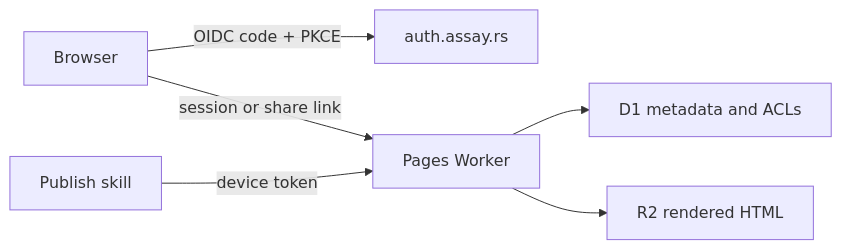
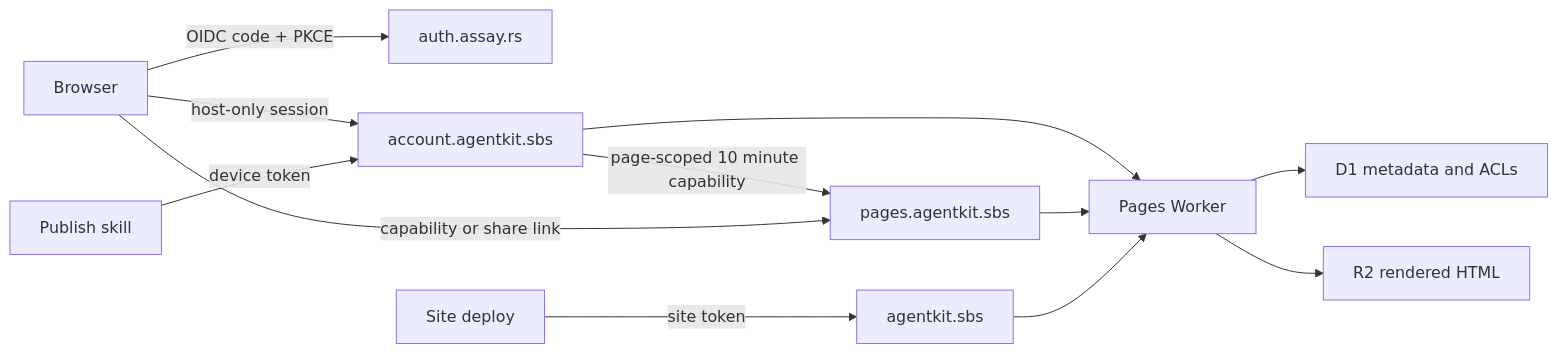
One commit to developerinlondon/agentkit changed the diagram in pages/worker/README.md. Above: the diagram before and after it, drawn with Mermaid. The commit also changed other lines of this file and 23 other files, not shown here.

Commit message:
fix(pages): isolate account and content origins

````diff
--- a/pages/worker/README.md
+++ b/pages/worker/README.md
@@ -6,8 +7,14 @@
 ```mermaid
 flowchart LR
   browser[Browser] -- OIDC code + PKCE --> assay[auth.assay.rs]
-  browser -- session or share link --> worker[Pages Worker]
-  cli[Publish skill] -- device token --> worker
+  browser -- host-only session --> account[account.agentkit.sbs]
+  account -- page-scoped 10 minute capability --> pages[pages.agentkit.sbs]
+  browser -- capability or share link --> pages
+  cli[Publish skill] -- device token --> account
+  site[Site deploy] -- site token --> apex[agentkit.sbs]
+  account --> worker[Pages Worker]
+  pages --> worker
+  apex --> worker
   worker --> d1[D1 metadata and ACLs]
   worker --> r2[R2 rendered HTML]
 ```
````
